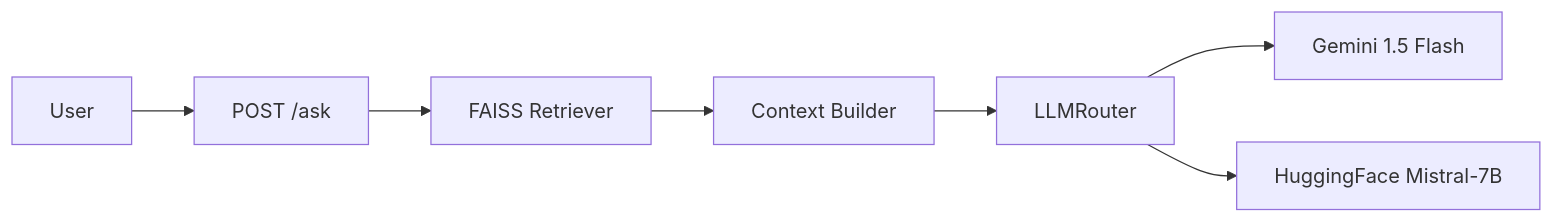
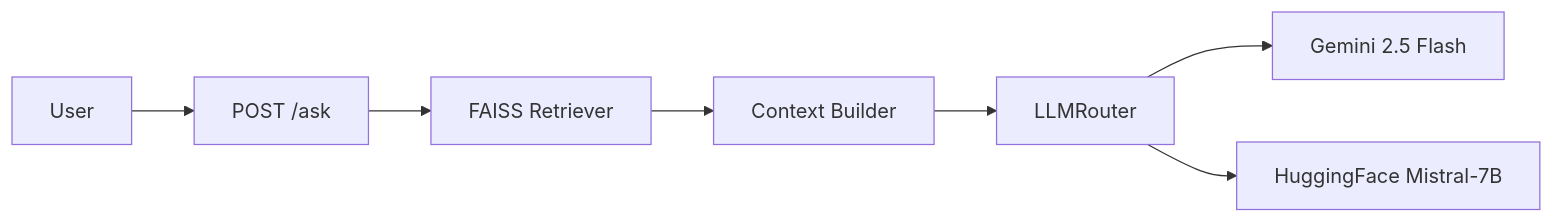
One commit to Raman909/AI-native-learning changed the diagram in README.md. Above: the diagram before and after it, drawn with Mermaid. The commit also changed other lines of this file and 22 other files, not shown here.

````diff
--- a/README.md
+++ b/README.md
@@ -7,9 +7,9 @@
 ```mermaid
 flowchart LR
     U[User] --> A[POST /ask]
     A --> R[FAISS Retriever]
     R --> C[Context Builder]
     C --> L[LLMRouter]
-    L --> G[Gemini 1.5 Flash]
+    L --> G[Gemini 2.5 Flash]
     L --> H[HuggingFace Mistral-7B]
 ```
````
